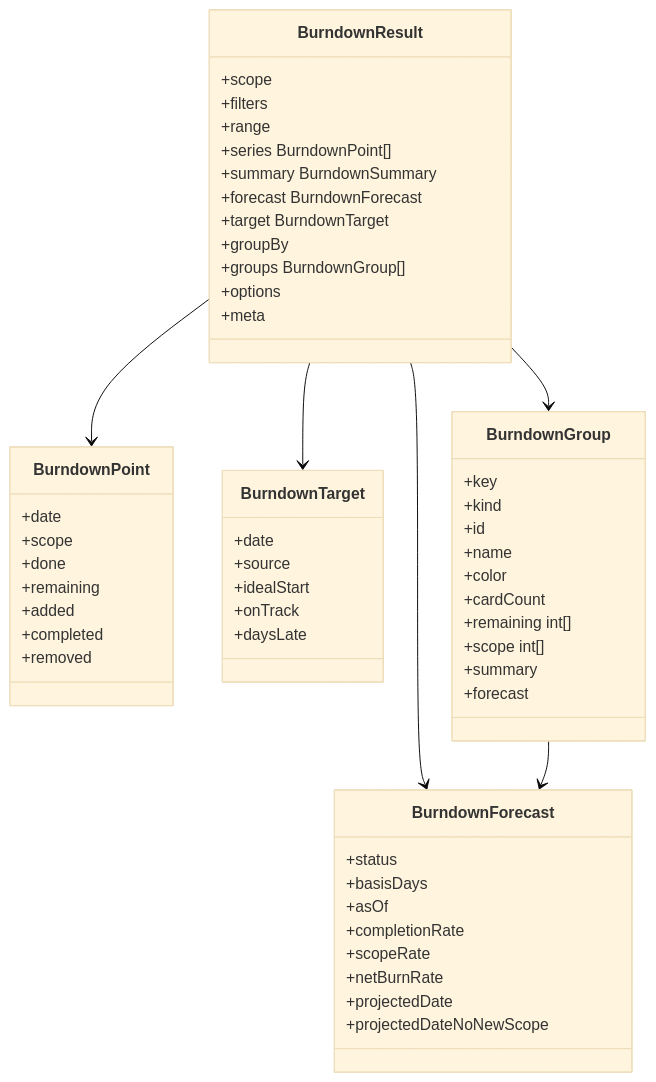
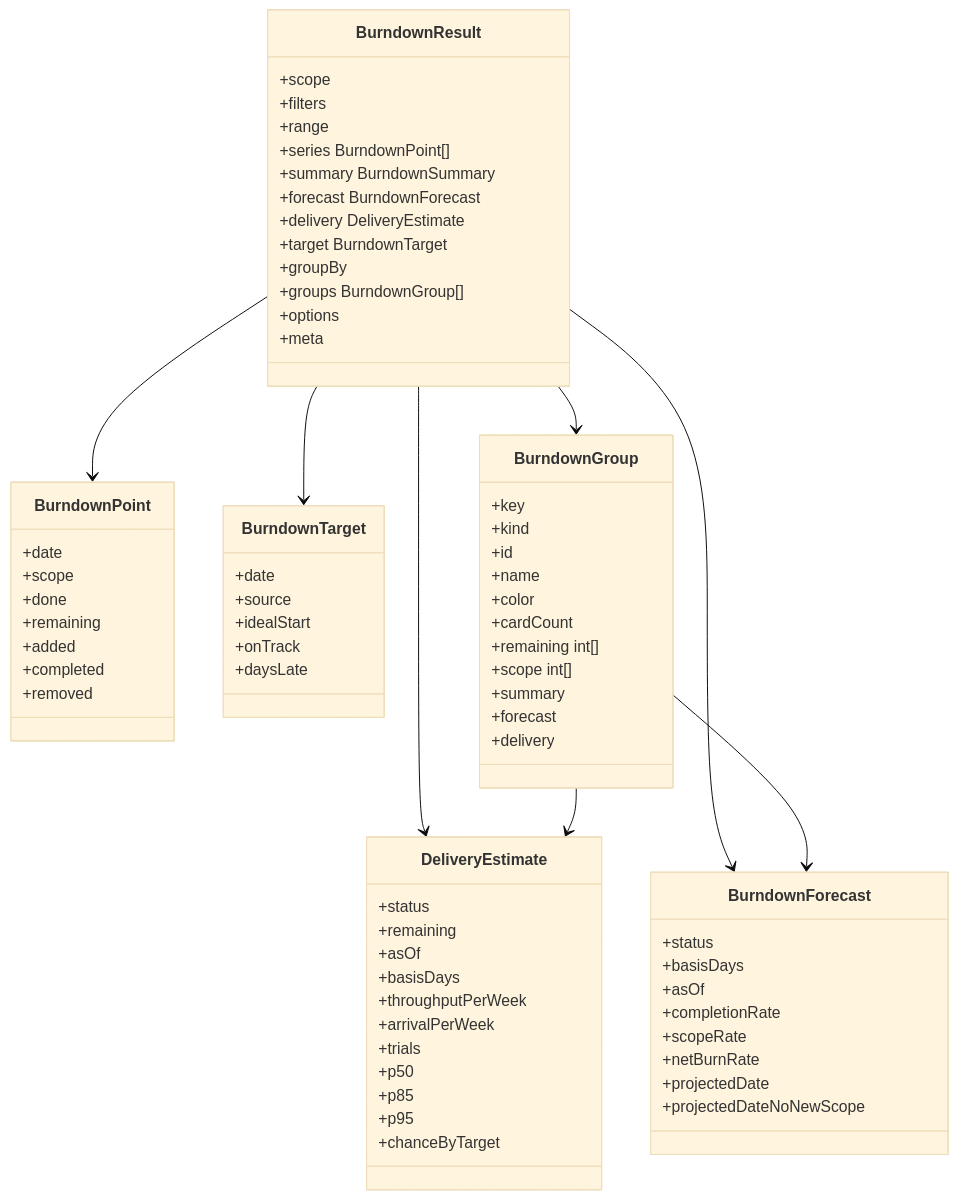
One commit to gitBoon/DumpFire changed the sixth of 6 diagrams in docs/burndown-charts.md. Above: the diagram before and after it, drawn with Mermaid (base theme). The commit also changed other lines of this file and 15 other files, not shown here.

First line of the commit message:
feat: enhance burndown page with delivery estimates and improved status reporting

````diff
--- a/docs/burndown-charts.md
+++ b/docs/burndown-charts.md
@@ -282,59 +397,76 @@
 ```mermaid
 classDiagram
     class BurndownResult {
         +scope
         +filters
         +range
         +series BurndownPoint[]
         +summary BurndownSummary
         +forecast BurndownForecast
+        +delivery DeliveryEstimate
         +target BurndownTarget
         +groupBy
         +groups BurndownGroup[]
         +options
         +meta
     }
     class BurndownPoint {
         +date
         +scope
         +done
         +remaining
         +added
         +completed
         +removed
     }
     class BurndownForecast {
         +status
         +basisDays
         +asOf
         +completionRate
         +scopeRate
         +netBurnRate
         +projectedDate
         +projectedDateNoNewScope
     }
+    class DeliveryEstimate {
+        +status
+        +remaining
+        +asOf
+        +basisDays
+        +throughputPerWeek
+        +arrivalPerWeek
+        +trials
+        +p50
+        +p85
+        +p95
+        +chanceByTarget
+    }
     class BurndownTarget {
         +date
         +source
         +idealStart
         +onTrack
         +daysLate
     }
     class BurndownGroup {
         +key
         +kind
         +id
         +name
         +color
         +cardCount
         +remaining int[]
         +scope int[]
         +summary
         +forecast
+        +delivery
     }
     BurndownResult --> BurndownPoint
+    BurndownResult --> DeliveryEstimate
+    BurndownGroup --> DeliveryEstimate
     BurndownResult --> BurndownForecast
     BurndownResult --> BurndownTarget
     BurndownResult --> BurndownGroup
     BurndownGroup --> BurndownForecast
 ```
````
